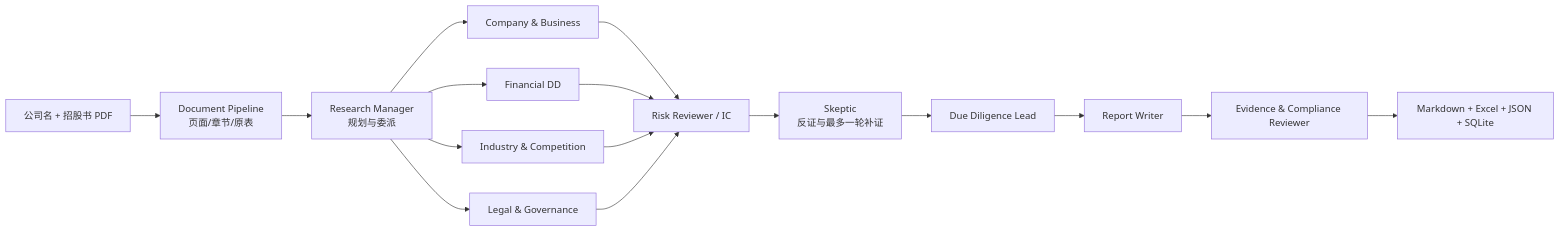
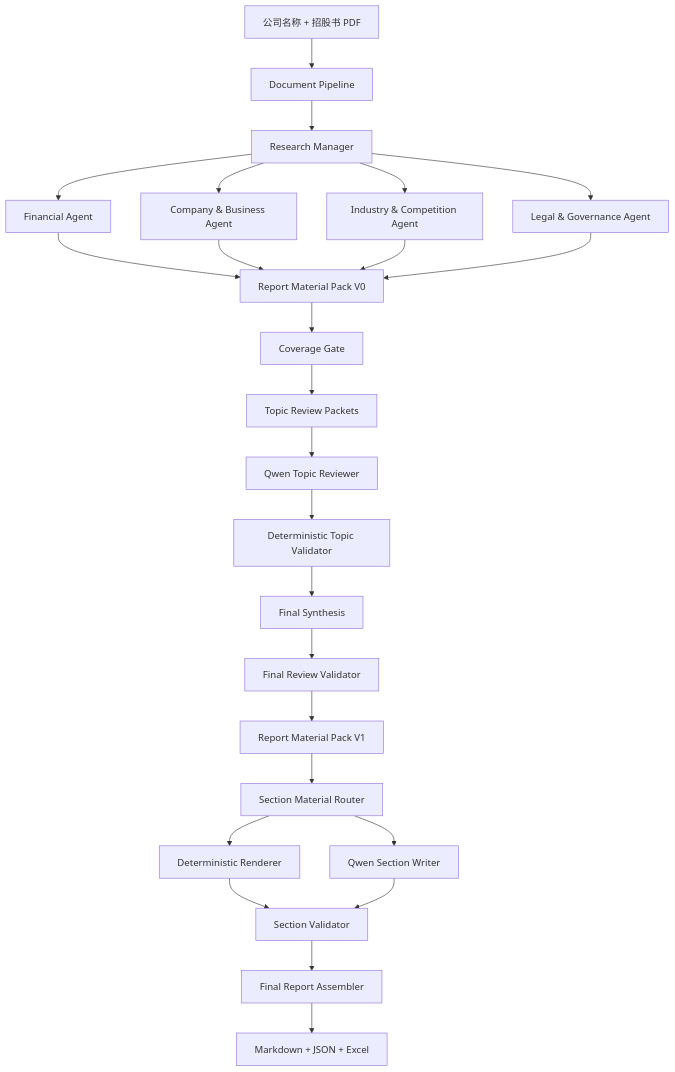
Before and after one commit to alexa0030/IPO-Multi-Agent: the diagram in README.md, drawn with Mermaid. The commit also changed other lines of this file, not shown here.

````diff
--- a/README.md
+++ b/README.md
@@ -9,18 +18,27 @@
 ```mermaid
-flowchart LR
-    PDF["公司名 + 招股书 PDF"] --> DOC["Document Pipeline\n页面/章节/原表"]
-    DOC --> PM["Research Manager\n规划与委派"]
-    PM --> C["Company & Business"]
-    PM --> F["Financial DD"]
-    PM --> I["Industry & Competition"]
-    PM --> L["Legal & Governance"]
-    C --> IC["Risk Reviewer / IC"]
-    F --> IC
-    I --> IC
-    L --> IC
-    IC --> S["Skeptic\n反证与最多一轮补证"]
-    S --> DDL["Due Diligence Lead"]
-    DDL --> W["Report Writer"]
-    W --> R["Evidence & Compliance Reviewer"]
-    R --> OUT["Markdown + Excel + JSON + SQLite"]
+flowchart TD
+    A[公司名称 + 招股书 PDF] --> B[Document Pipeline]
+    B --> C[Research Manager]
+    C --> D[Financial Agent]
+    C --> E[Company & Business Agent]
+    C --> F[Industry & Competition Agent]
+    C --> G[Legal & Governance Agent]
+    D --> H[Report Material Pack V0]
+    E --> H
+    F --> H
+    G --> H
+    H --> I[Coverage Gate]
+    I --> J[Topic Review Packets]
+    J --> K[Qwen Topic Reviewer]
+    K --> L[Deterministic Topic Validator]
+    L --> M[Final Synthesis]
+    M --> N[Final Review Validator]
+    N --> O[Report Material Pack V1]
+    O --> P[Section Material Router]
+    P --> Q[Deterministic Renderer]
+    P --> R[Qwen Section Writer]
+    Q --> S[Section Validator]
+    R --> S
+    S --> T[Final Report Assembler]
+    T --> U[Markdown + JSON + Excel]
 ```
````
